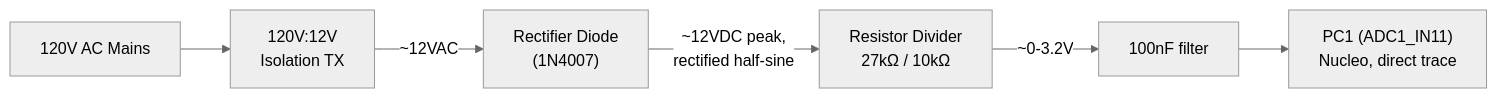
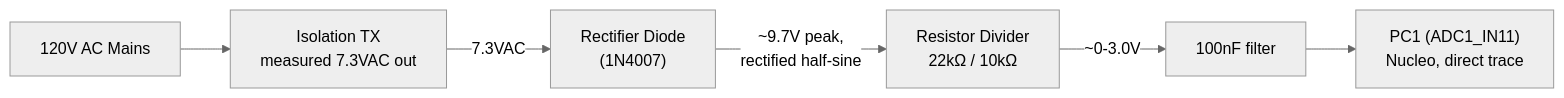
The sixth of 6 diagrams in docs/BOARD_V2_DIRECT.md (metanurb21/Nucleo-induction-heater), drawn with Mermaid (neutral theme) before and after one commit. The commit also changed other lines of this file, not shown here.

First line of the commit message:
Recompute AC-sense divider from measured TX output: 27k -> 22k

````diff
--- a/docs/BOARD_V2_DIRECT.md
+++ b/docs/BOARD_V2_DIRECT.md
@@ -462,8 +462,8 @@
 ```mermaid
 graph LR
-    AC["120V AC Mains"] --> TX["120V:12V<br/>Isolation TX"]
-    TX -->|"~12VAC"| DIODE["Rectifier Diode<br/>(1N4007)"]
-    DIODE -->|"~12VDC peak,<br/>rectified half-sine"| DIV["Resistor Divider<br/>27kΩ / 10kΩ"]
-    DIV -->|"~0-3.2V"| FILT["100nF filter"]
+    AC["120V AC Mains"] --> TX["Isolation TX<br/>measured 7.3VAC out"]
+    TX -->|"7.3VAC"| DIODE["Rectifier Diode<br/>(1N4007)"]
+    DIODE -->|"~9.7V peak,<br/>rectified half-sine"| DIV["Resistor Divider<br/>22kΩ / 10kΩ"]
+    DIV -->|"~0-3.0V"| FILT["100nF filter"]
     FILT --> PC1["PC1 (ADC1_IN11)<br/>Nucleo, direct trace"]
 ```
````
